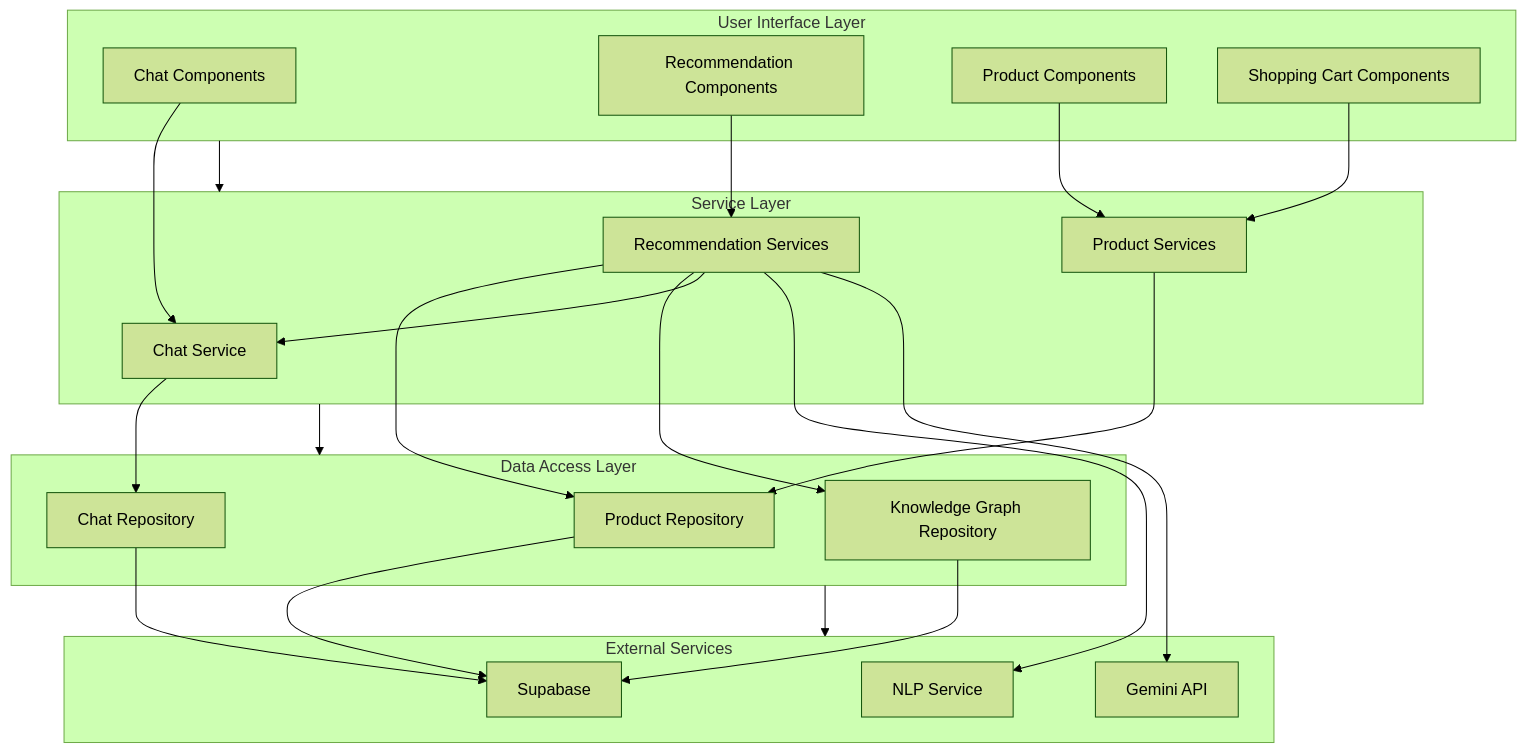
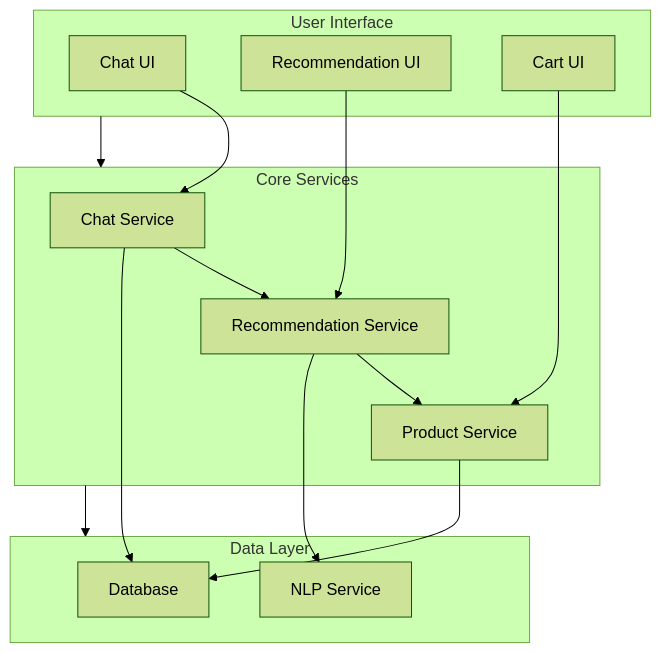
The seventh of 7 diagrams in documentation/digram.md (Gauravkrsah/Cropsay), drawn with Mermaid (forest theme) before and after one commit. The commit also changed other lines of this file, not shown here.

Commit message:
Simplify and clean up system diagrams for better visualization

````diff
--- a/documentation/digram.md
+++ b/documentation/digram.md
@@ -458,48 +247,33 @@
 ```mermaid
 flowchart TD
-    subgraph UI["User Interface Layer"]
-        CC["Chat Components"]
-        RC["Recommendation Components"]
-        PC["Product Components"]
-        SC["Shopping Cart Components"]
+    subgraph UI["User Interface"]
+        Chat["Chat UI"]
+        Recs["Recommendation UI"]
+        Cart["Cart UI"]
     end
 
-    subgraph SL["Service Layer"]
-        CS["Chat Service"]
-        RS["Recommendation Services"]
-        PS["Product Services"]
+    subgraph Services["Core Services"]
+        ChatSvc["Chat Service"]
+        RecSvc["Recommendation Service"]
+        ProductSvc["Product Service"]
     end
 
-    subgraph DAL["Data Access Layer"]
-        PR["Product Repository"]
-        CR["Chat Repository"]
-        KGR["Knowledge Graph Repository"]
+    subgraph Data["Data Layer"]
+        DB["Database"]
+        NLP["NLP Service"]
     end
 
-    subgraph ES["External Services"]
-        NLP["NLP Service"]
-        GA["Gemini API"]
-        SB["Supabase"]
-    end
-
-    UI --> SL
-    SL --> DAL
-    DAL --> ES
-
-    CC --> CS
-    RC --> RS
-    PC --> PS
-    SC --> PS
-
-    CS --> CR
-    RS --> PR
-    RS --> KGR
-    RS --> CS
-    PS --> PR
-
-    CR --> SB
-    PR --> SB
-    KGR --> SB
-    RS --> NLP
-    RS --> GA
+    UI --> Services
+    Services --> Data
+    
+    Chat --> ChatSvc
+    Recs --> RecSvc
+    Cart --> ProductSvc
+    
+    ChatSvc --> RecSvc
+    RecSvc --> ProductSvc
+    RecSvc --> NLP
+    
+    ChatSvc --> DB
+    ProductSvc --> DB
 ```
````
